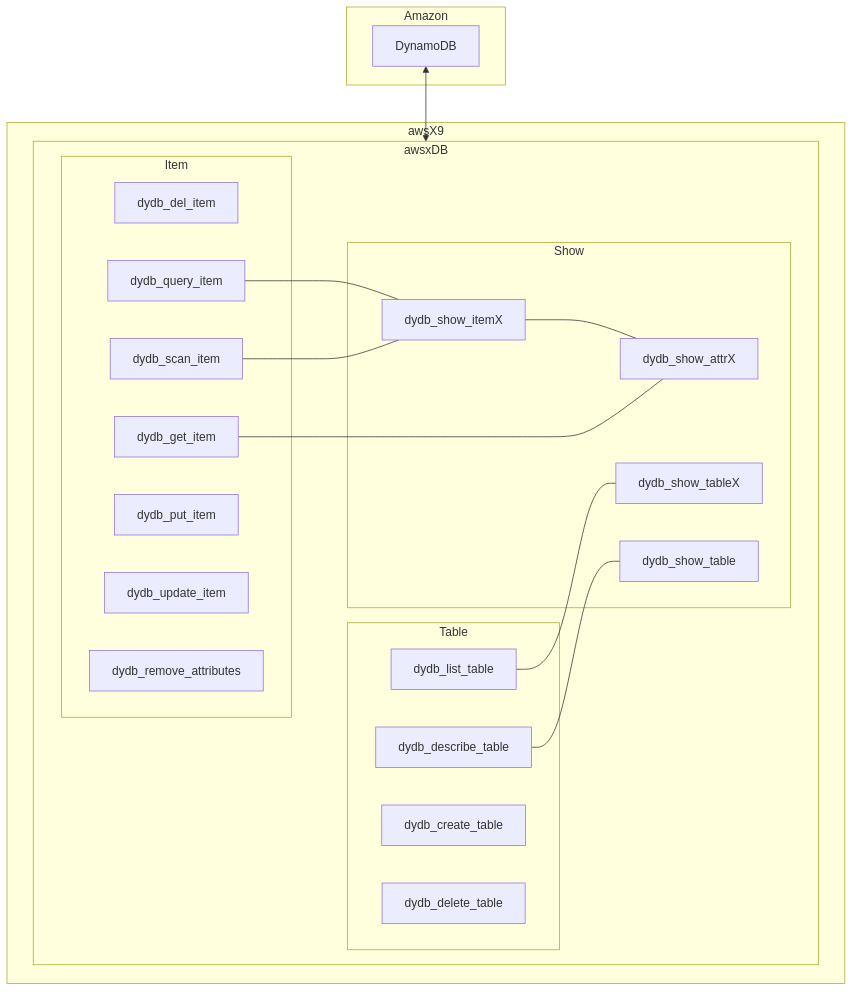
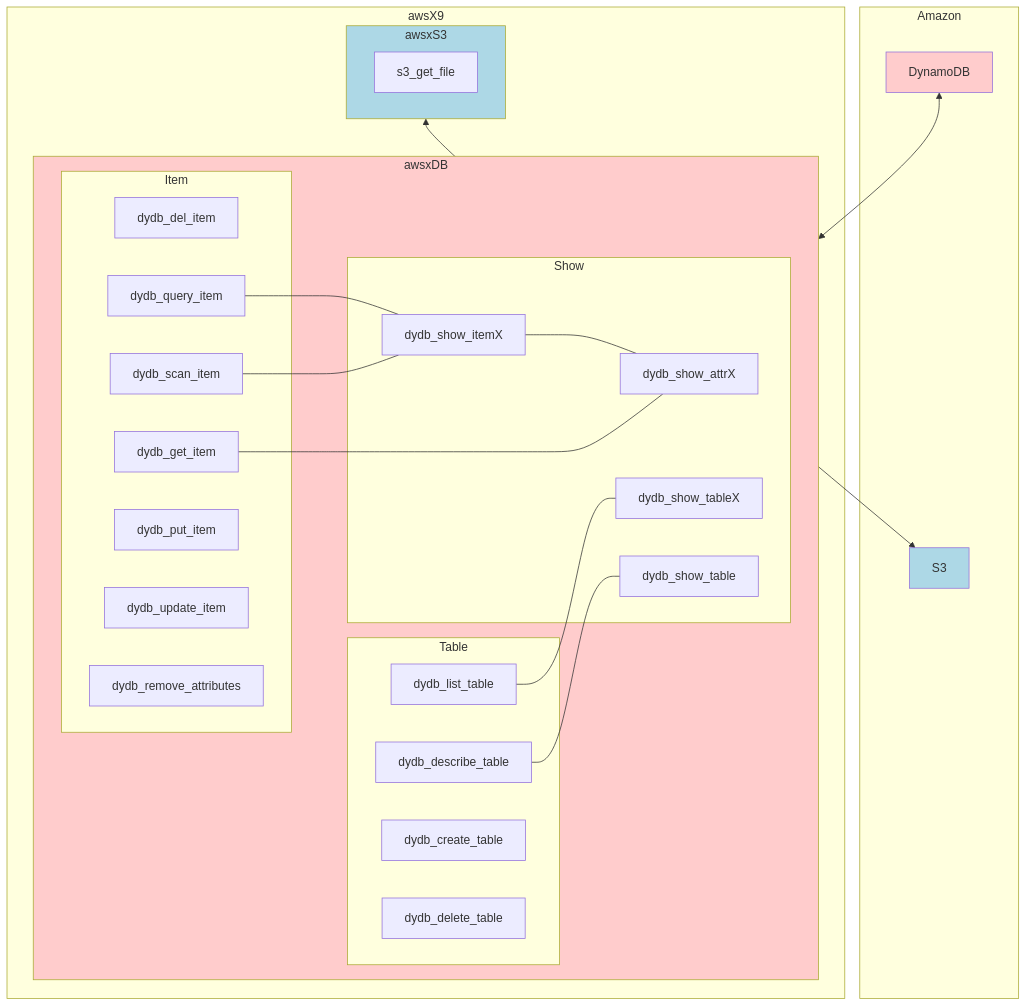
One commit to lankahsu520/awsX9 changed the diagram in README.md. Above: the diagram before and after it, drawn with Mermaid. The commit also changed other lines of this file and 6 other files, not shown here.

````diff
--- a/README.md
+++ b/README.md
@@ -6,35 +6,51 @@
 ```mermaid
 flowchart TD
 	subgraph Amazon
+		S3
 		DynamoDB
 	end
 
-	DynamoDB <--> awsxDB
 	subgraph awsX9
 		subgraph awsxDB
 			subgraph Show
 				dydb_show_attrX
 				dydb_show_itemX --- dydb_show_attrX
 				dydb_show_tableX
 				dydb_show_table
 			end
 			subgraph Table
 				dydb_create_table
 				dydb_delete_table
 				dydb_list_table --- dydb_show_tableX
 				dydb_describe_table --- dydb_show_table
 			end
 
 			subgraph Item
 				dydb_del_item
 				dydb_put_item
 				dydb_update_item
 				dydb_remove_attributes
 
 				dydb_get_item --- dydb_show_attrX
 				dydb_query_item --- dydb_show_itemX
 				dydb_scan_item --- dydb_show_itemX
 			end
 		end
+	
+		subgraph awsxS3
+			s3_get_file
+		end
 	end
+	DynamoDB <--> awsxDB
+	awsxS3<-->S3
+
+	classDef yellow fill:#FFFFCC
+	classDef pink fill:#FFCCCC
+	classDef blue fill:#0000FF
+	classDef lightblue fill:#ADD8E6
+
+	class DynamoDB pink
+	class awsxDB pink
+	class S3 lightblue
+	class awsxS3 lightblue
 ```
````
